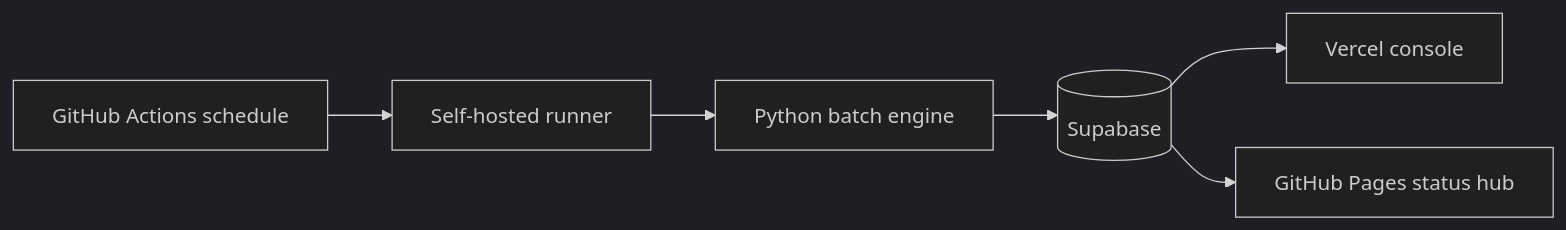
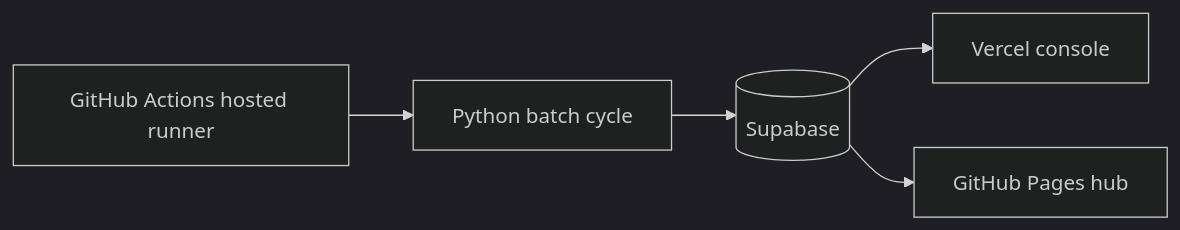
Before and after one commit to sheryloe/AutoTrading_ing....-: the diagram in docs/wiki-src/System-Architecture.md, drawn with Mermaid (dark theme). The commit also changed other lines of this file and 18 other files, not shown here.

Commit message:
Switch docs and runtime guide to GitHub-hosted baseline

````diff
--- a/docs/wiki-src/System-Architecture.md
+++ b/docs/wiki-src/System-Architecture.md
@@ -20,8 +21,7 @@
 ```mermaid
 flowchart LR
-  GA[GitHub Actions schedule] --> SR[Self-hosted runner]
-  SR --> PY[Python batch engine]
+  GH[GitHub Actions hosted runner] --> PY[Python batch cycle]
   PY --> SB[(Supabase)]
   SB --> VE[Vercel console]
-  SB --> GP[GitHub Pages status hub]
+  SB --> GP[GitHub Pages hub]
 ```
````
